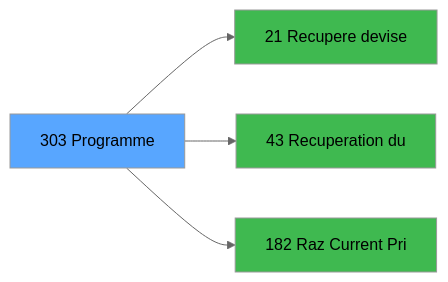
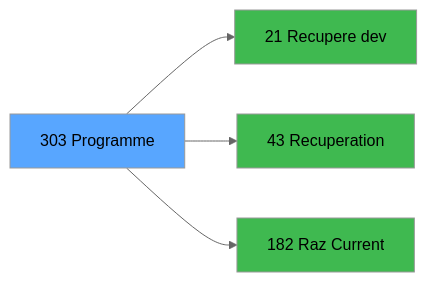
One commit to thonyAGP/magic-migration changed the third of 3 diagrams in .openspec/specs/ADH-IDE-303.md. Above: the diagram before and after it, drawn with Mermaid (neutral theme). The commit also changed other lines of this file and 323 other files, not shown here.

````diff
--- a/.openspec/specs/ADH-IDE-303.md
+++ b/.openspec/specs/ADH-IDE-303.md
@@ -118,14 +132,14 @@
 ```mermaid
 graph LR
     T[303 Programme]
-    C21[21 Recupere devise]
+    C21[21 Recupere dev]
     T --> C21
-    C43[43 Recuperation du]
+    C43[43 Recuperation]
     T --> C43
-    C182[182 Raz Current Pri]
+    C182[182 Raz Current ]
     T --> C182
     style T fill:#58a6ff,color:#000
     style C21 fill:#3fb950
     style C43 fill:#3fb950
     style C182 fill:#3fb950
 ```
````
